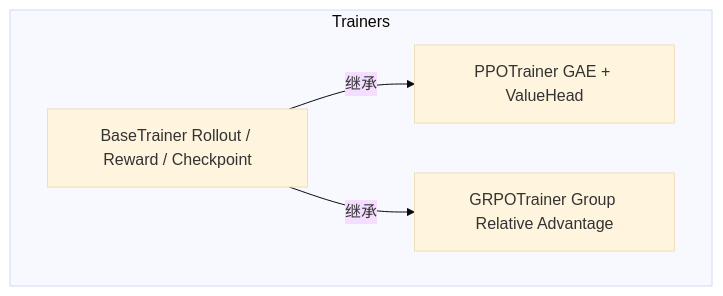
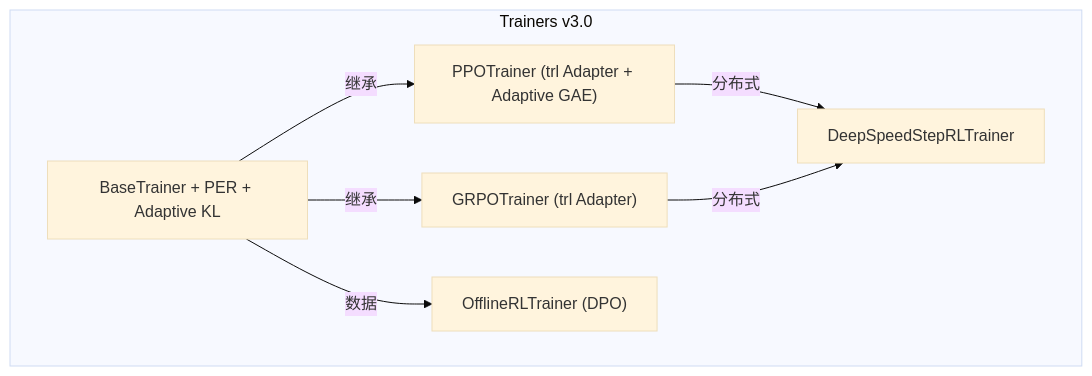
The second of 2 diagrams in README.md (ShaneLiu04/Step-RL), drawn with Mermaid (base theme) before and after one commit. The commit also changed other lines of this file and 95 other files, not shown here.

````diff
--- a/README.md
+++ b/README.md
@@ -128,11 +191,16 @@
 ```mermaid
 graph TB
-    subgraph Trainers["Trainers"]
-        BT["BaseTrainer Rollout / Reward / Checkpoint"]
-        PPO["PPOTrainer GAE + ValueHead"]
-        GRPO["GRPOTrainer Group Relative Advantage"]
+    subgraph Trainers["Trainers v3.0"]
+        BT["BaseTrainer + PER + Adaptive KL"]
+        PPO["PPOTrainer (trl Adapter + Adaptive GAE)"]
+        GRPO["GRPOTrainer (trl Adapter)"]
+        OFF["OfflineRLTrainer (DPO)"]
+        DS["DeepSpeedStepRLTrainer"]
     end
 
     BT -->|继承| PPO
     BT -->|继承| GRPO
+    BT -->|数据| OFF
+    PPO -->|分布式| DS
+    GRPO -->|分布式| DS
 ```
````
